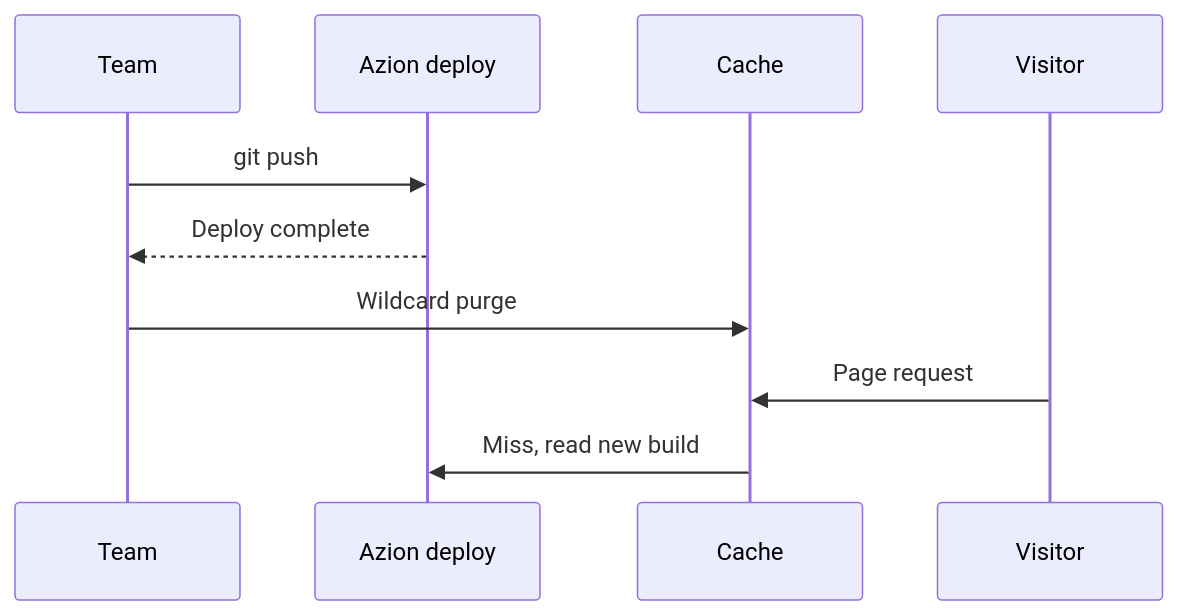
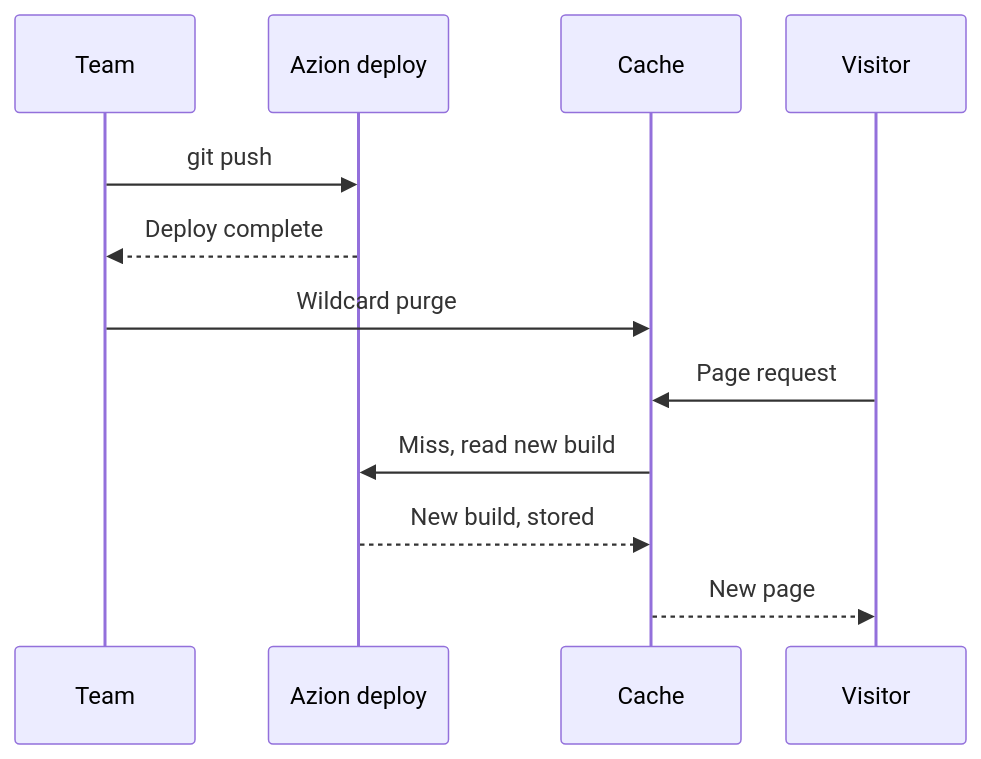
One commit to aziontech/docs changed the second of 2 diagrams in apps/docs/src/content/docs/en/pages/use-cases/build-and-run-applications/build-and-run-marketing-websites.mdx. Above: the diagram before and after it, drawn with Mermaid. The commit also changed other lines of this file and 53 other files, not shown here.

First line of the commit message:
docs(use-cases): draw the way back in every use-case diagram

````diff
--- a/apps/docs/src/content/docs/en/pages/use-cases/build-and-run-applications/build-and-run-marketing-websites.mdx
+++ b/apps/docs/src/content/docs/en/pages/use-cases/build-and-run-applications/build-and-run-marketing-websites.mdx
@@ -92,13 +105,15 @@
 ```mermaid
-%%{init: {"layout": "dagre", "themeVariables": {"fontSize": "13px"}, "flowchart": {"nodeSpacing": 12, "rankSpacing": 12, "padding": 6, "wrappingWidth": 70, "minNodeWidth": 40, "useMaxWidth": true}}}%%
+%%{init: {"layout": "elk", "themeVariables": {"fontSize": "13px"}, "flowchart": {"nodeSpacing": 24, "rankSpacing": 36, "padding": 8, "wrappingWidth": 150, "useMaxWidth": true}, "sequence": {"width": 120, "actorMargin": 30, "useMaxWidth": true}}}%%
 sequenceDiagram
   participant Team as Team
   participant Azion as Azion deploy
   participant Cache as Cache
   participant Visitor as Visitor
   Team->>Azion: git push
   Azion-->>Team: Deploy complete
   Team->>Cache: Wildcard purge
   Visitor->>Cache: Page request
   Cache->>Azion: Miss, read new build
+  Azion-->>Cache: New build, stored
+  Cache-->>Visitor: New page
 ```
````
